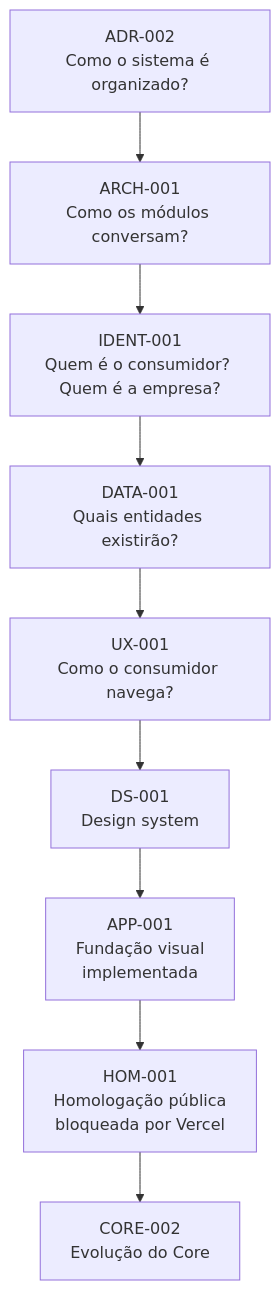
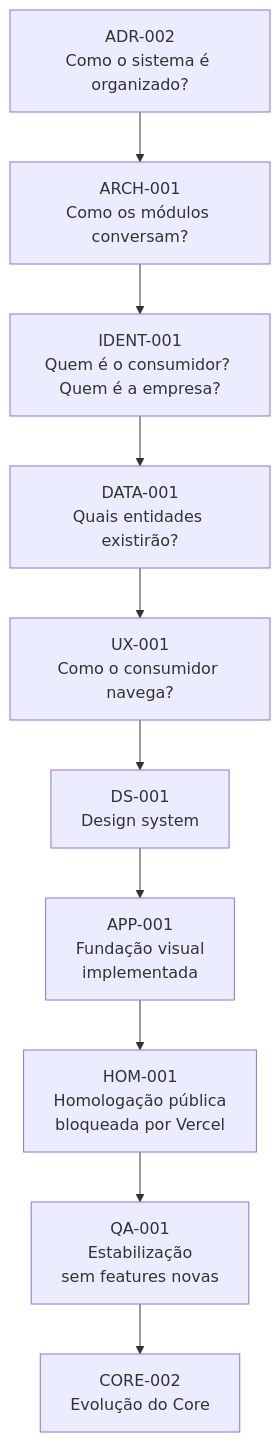
The diagram in PROJECT-ROADMAP.md (BrightEcosystem/Bright-Platform), drawn with Mermaid before and after one commit. The commit also changed other lines of this file and 1 other file, not shown here.

First line of the commit message:
docs: formaliza fase QA-001 entre HOM-001 e CORE-002

````diff
--- a/PROJECT-ROADMAP.md
+++ b/PROJECT-ROADMAP.md
@@ -32,11 +33,12 @@
 ```mermaid
 graph TD
     ADR002[ADR-002<br/>Como o sistema é organizado?] --> ARCH001[ARCH-001<br/>Como os módulos conversam?]
     ARCH001 --> IDENT001[IDENT-001<br/>Quem é o consumidor? Quem é a empresa?]
     IDENT001 --> DATA001[DATA-001<br/>Quais entidades existirão?]
     DATA001 --> UX001[UX-001<br/>Como o consumidor navega?]
     UX001 --> DS001[DS-001<br/>Design system]
     DS001 --> APP001[APP-001<br/>Fundação visual<br/>implementada]
     APP001 --> HOM001[HOM-001<br/>Homologação pública<br/>bloqueada por Vercel]
-    HOM001 --> CORE002[CORE-002<br/>Evolução do Core]
+    HOM001 --> QA001[QA-001<br/>Estabilização<br/>sem features novas]
+    QA001 --> CORE002[CORE-002<br/>Evolução do Core]
 ```
````
